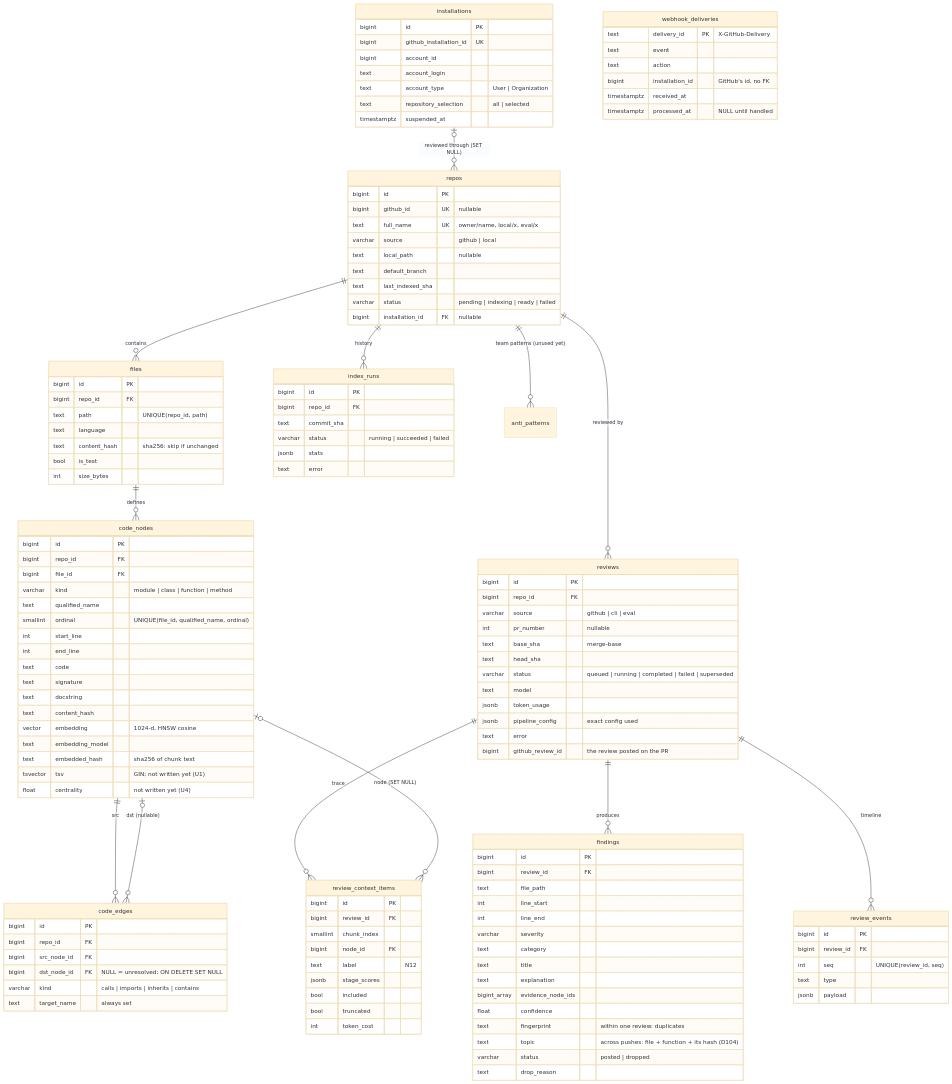
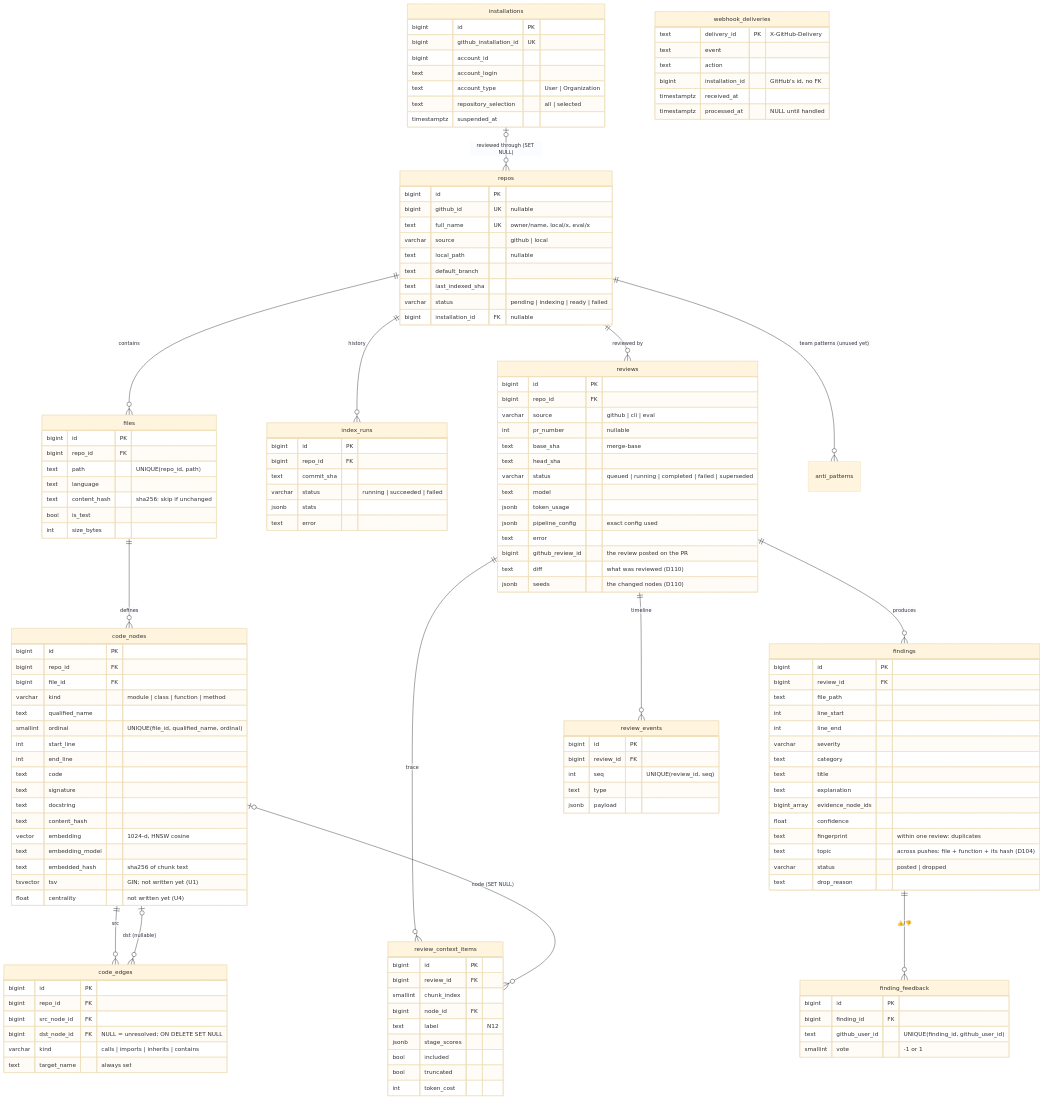
The third of 11 diagrams in architecture.md (RAIF-KARANI/codelens), drawn with Mermaid (base theme) before and after one commit. The commit also changed other lines of this file and 24 other files, not shown here.

```diff
--- a/architecture.md
+++ b/architecture.md
@@ -201,6 +202,7 @@
     code_nodes ||--o{ code_edges : "src"
     code_nodes |o--o{ code_edges : "dst (nullable)"
     reviews ||--o{ findings : produces
+    findings ||--o{ finding_feedback : "👍/👎"
     reviews ||--o{ review_context_items : "trace"
     reviews ||--o{ review_events : "timeline"
     code_nodes |o--o{ review_context_items : "node (SET NULL)"
@@ -290,6 +292,8 @@
         jsonb pipeline_config "exact config used"
         text error
         bigint github_review_id "the review posted on the PR"
+        text diff "what was reviewed (D110)"
+        jsonb seeds "the changed nodes (D110)"
     }
     findings {
         bigint id PK
@@ -307,6 +311,12 @@
         text topic "across pushes: file + function + its hash (D104)"
         varchar status "posted | dropped"
         text drop_reason
+    }
+    finding_feedback {
+        bigint id PK
+        bigint finding_id FK
+        text github_user_id "UNIQUE(finding_id, github_user_id)"
+        smallint vote "-1 or 1"
     }
     review_context_items {
         bigint id PK
```
